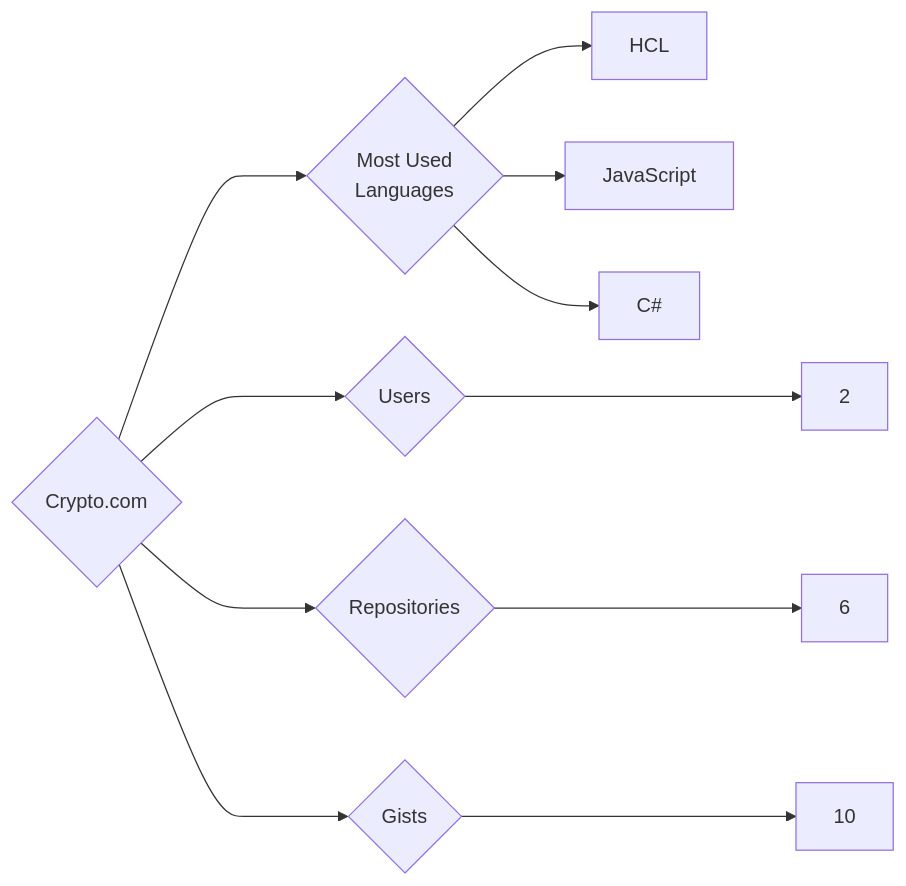
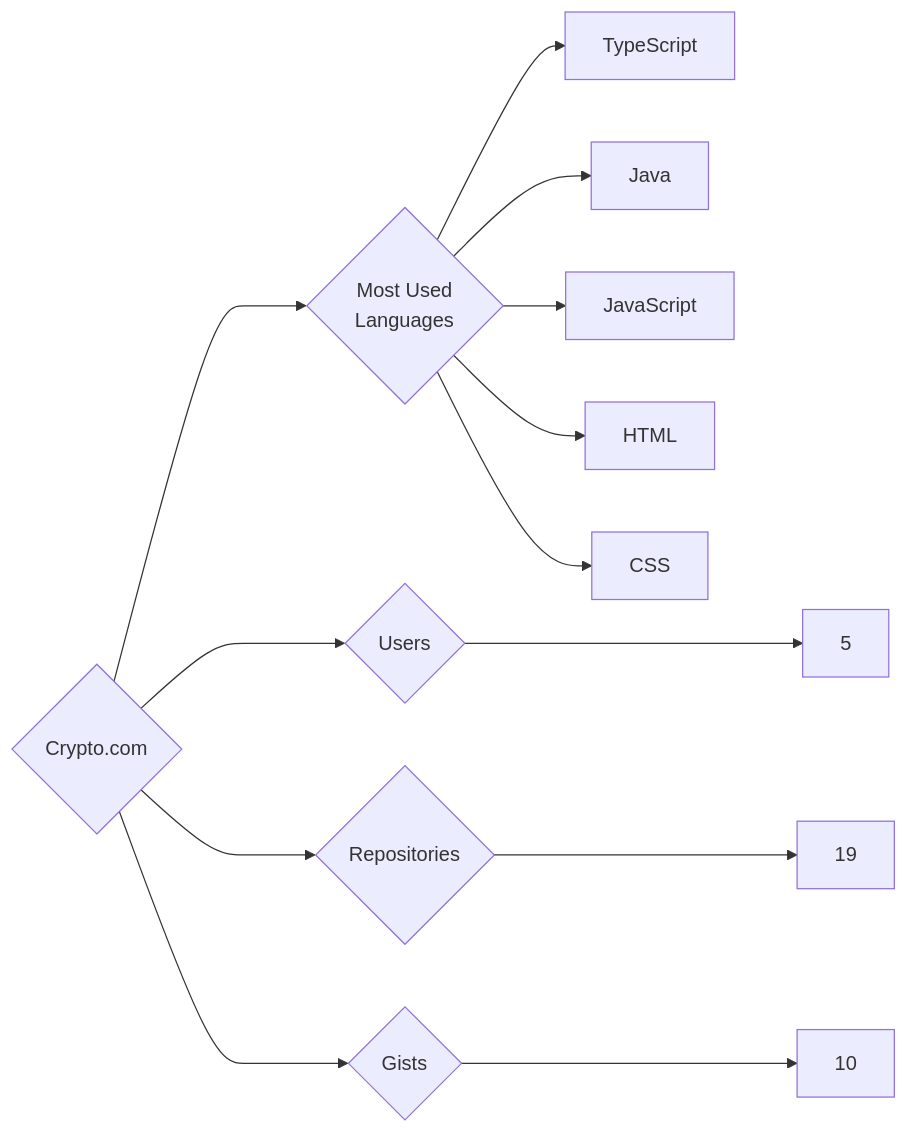
One commit to trickest/insiders changed the diagram in targets/Crypto.com/README.md. Above: the diagram before and after it, drawn with Mermaid. The commit also changed 1020 other files, not shown here.

````diff
--- a/targets/Crypto.com/README.md
+++ b/targets/Crypto.com/README.md
@@ -3,11 +3,13 @@
 ```mermaid
 graph LR
 COMPANY_NAME{Crypto.com}
-COMPANY_NAME ---> U{Users} ---> UN[2]
-COMPANY_NAME ---> R{Repositories} ---> RN[6]
+COMPANY_NAME ---> U{Users} ---> UN[5]
+COMPANY_NAME ---> R{Repositories} ---> RN[19]
 COMPANY_NAME ---> G{Gists} ---> GN[10]
 COMPANY_NAME ---> ML{Most Used<br>Languages}
-ML --> HCL[HCL]
+ML --> TypeScript[TypeScript]
+ML --> Java[Java]
 ML --> JavaScript[JavaScript]
-ML --> C#[C#]
+ML --> HTML[HTML]
+ML --> CSS[CSS]
 ```
````
